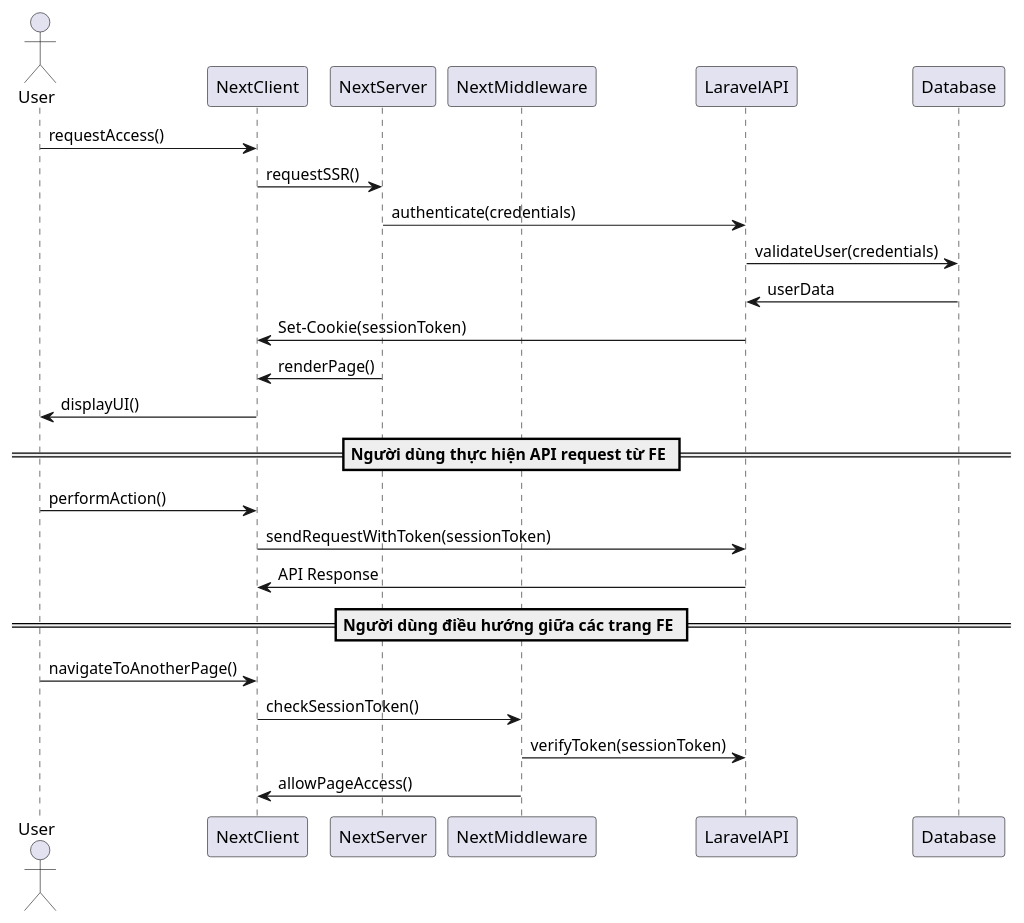
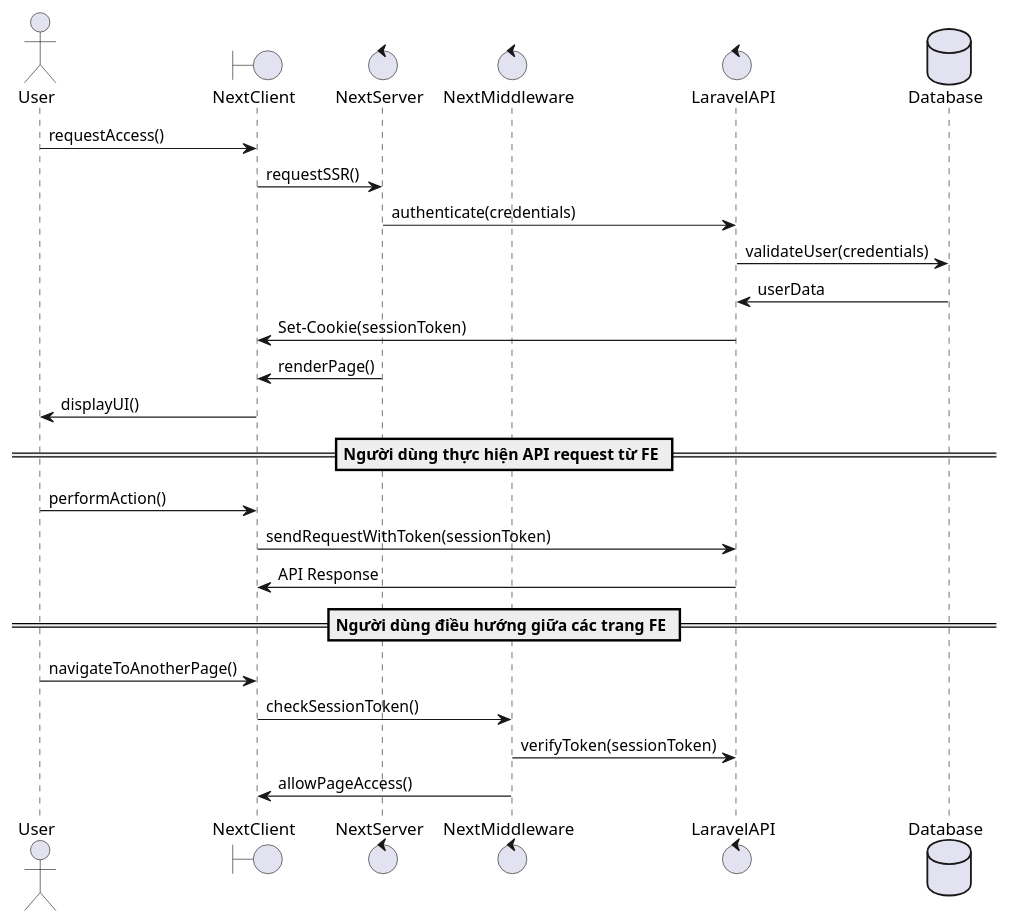
The diagram in auth.plantuml (nghiathe/code-academy-diagram), drawn with PlantUML before and after one commit.

Commit message:
new commit

```diff
--- a/auth.plantuml
+++ b/auth.plantuml
@@ -1,29 +1,29 @@
 @startuml Auth
 actor User
 
-participant "NextClient" as NextClient
-participant "NextServer" as NextServer
-participant "NextMiddleware" as NextMiddleware
-participant "LaravelAPI" as LaravelAPI
-participant "Database" as Database
+boundary "NextClient" as NextClient
+control "NextServer" as NextServer
+control "NextMiddleware" as NextMiddleware
+control "LaravelAPI" as LaravelAPI
+database "Database" as Database
 
 User -> NextClient: requestAccess()
 NextClient -> NextServer: requestSSR()
 NextServer -> LaravelAPI: authenticate(credentials)
 LaravelAPI -> Database: validateUser(credentials)
 Database -> LaravelAPI: userData
 LaravelAPI -> NextClient: Set-Cookie(sessionToken)
 NextServer -> NextClient: renderPage()
 NextClient -> User: displayUI()
 
 == Người dùng thực hiện API request từ FE ==
 User -> NextClient: performAction()
 NextClient -> LaravelAPI: sendRequestWithToken(sessionToken)
 LaravelAPI -> NextClient: API Response
 
 == Người dùng điều hướng giữa các trang FE ==
 User -> NextClient: navigateToAnotherPage()
 NextClient -> NextMiddleware: checkSessionToken()
 NextMiddleware -> LaravelAPI: verifyToken(sessionToken)
 NextMiddleware -> NextClient: allowPageAccess()
 @enduml
```
